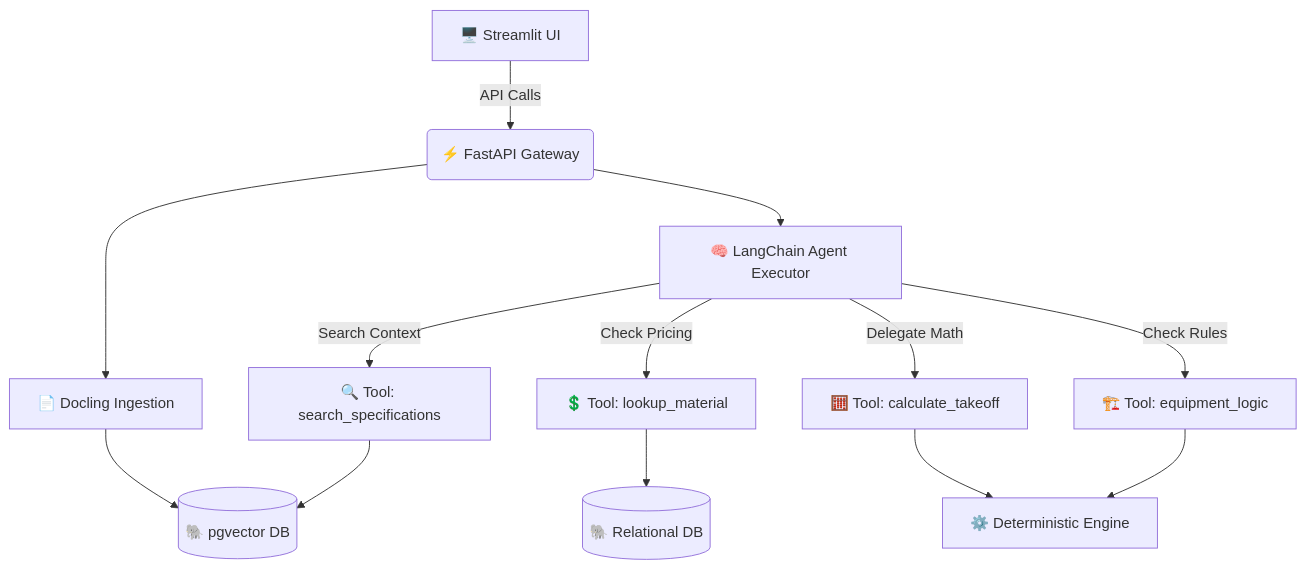
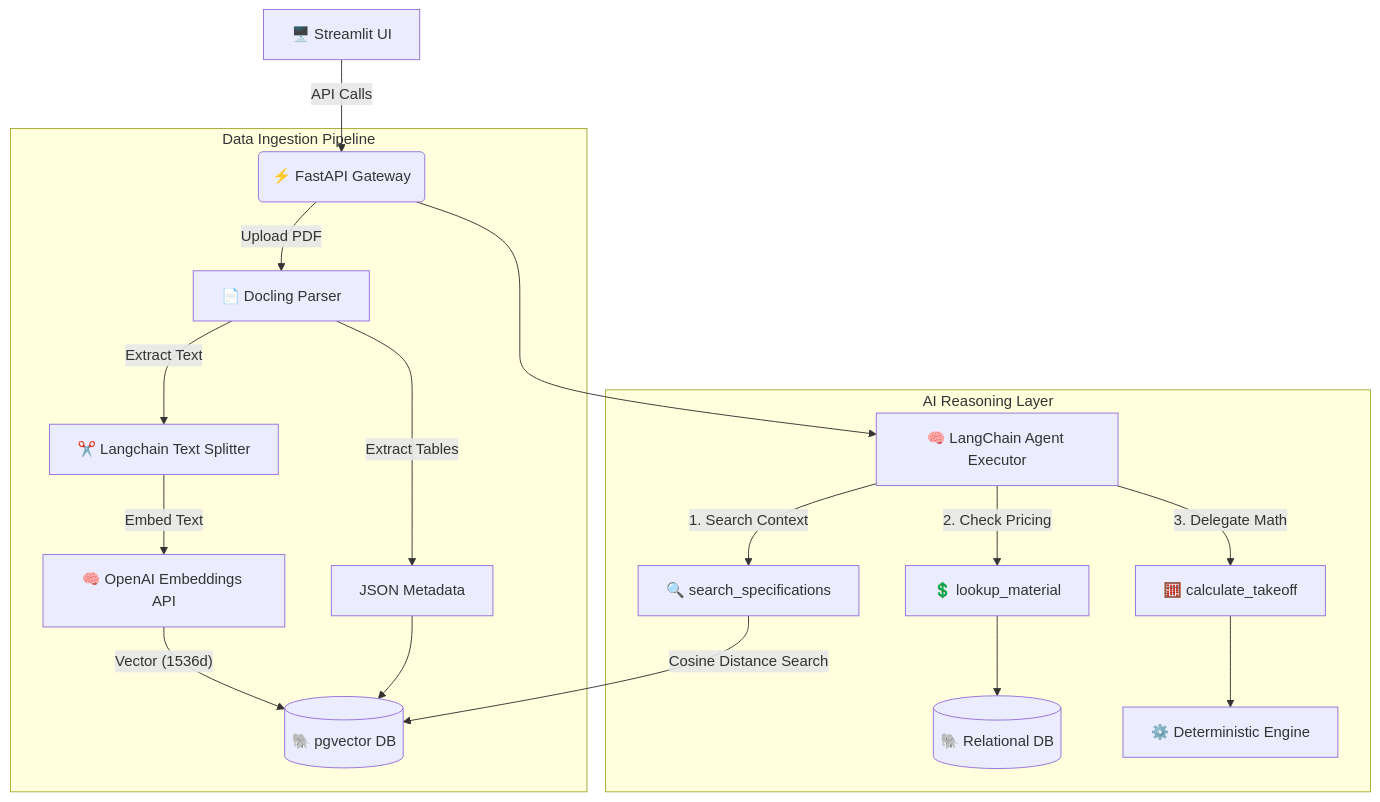
One commit to maver1ch/AIEstimator changed the diagram in README.md. Above: the diagram before and after it, drawn with Mermaid. The commit also changed other lines of this file, not shown here.

Commit message:
Docs: Rewrite README with Enterprise Architecture and RAG Pipeline details

````diff
--- a/README.md
+++ b/README.md
@@ -23,21 +28,26 @@
 ```mermaid
 graph TD
     UI["🖥️ Streamlit UI"] -->|"API Calls"| API("⚡ FastAPI Gateway")
     
-    API --> INGEST["📄 Docling Ingestion"]
-    INGEST --> VDB[("🐘 pgvector DB")]
+    subgraph Data Ingestion Pipeline
+        API -->|Upload PDF| INGEST["📄 Docling Parser"]
+        INGEST -->|"Extract Tables"| JSON_META["JSON Metadata"]
+        INGEST -->|"Extract Text"| CHUNKER["✂️ Langchain Text Splitter"]
+        CHUNKER -->|"Embed Text"| OPENAI["🧠 OpenAI Embeddings API"]
+        OPENAI -->|"Vector (1536d)"| VDB[("🐘 pgvector DB")]
+        JSON_META --> VDB
+    end
     
-    API --> AGENT["🧠 LangChain Agent Executor"]
-    
-    AGENT -->|"Search Context"| TOOL1["🔍 Tool: search_specifications"]
-    TOOL1 --> VDB
-    
-    AGENT -->|"Check Pricing"| TOOL2["💲 Tool: lookup_material"]
-    TOOL2 --> RDB[("🐘 Relational DB")]
-    
-    AGENT -->|"Delegate Math"| TOOL3["🧮 Tool: calculate_takeoff"]
-    TOOL3 --> DET["⚙️ Deterministic Engine"]
-    
-    AGENT -->|"Check Rules"| TOOL4["🏗️ Tool: equipment_logic"]
-    TOOL4 --> DET
+    subgraph AI Reasoning Layer
+        API --> AGENT["🧠 LangChain Agent Executor"]
+        
+        AGENT -->|"1. Search Context"| TOOL1["🔍 search_specifications"]
+        TOOL1 -->|"Cosine Distance Search"| VDB
+        
+        AGENT -->|"2. Check Pricing"| TOOL2["💲 lookup_material"]
+        TOOL2 --> RDB[("🐘 Relational DB")]
+        
+        AGENT -->|"3. Delegate Math"| TOOL3["🧮 calculate_takeoff"]
+        TOOL3 --> DET["⚙️ Deterministic Engine"]
+    end
 ```
````
